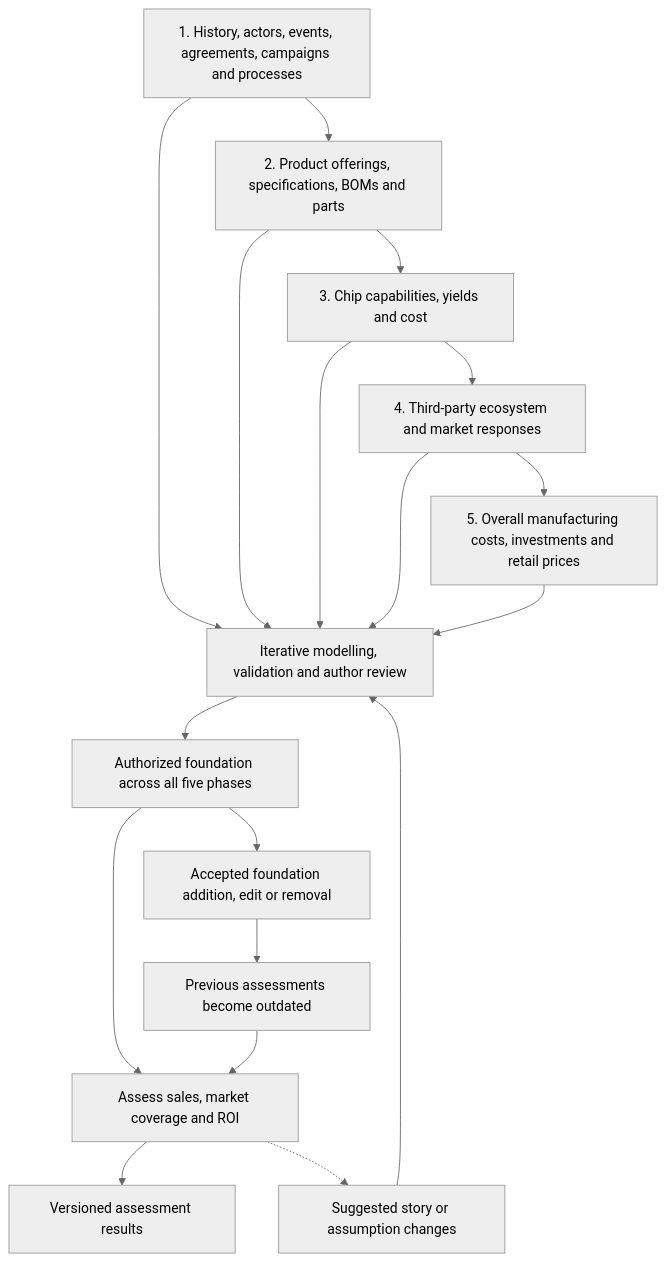
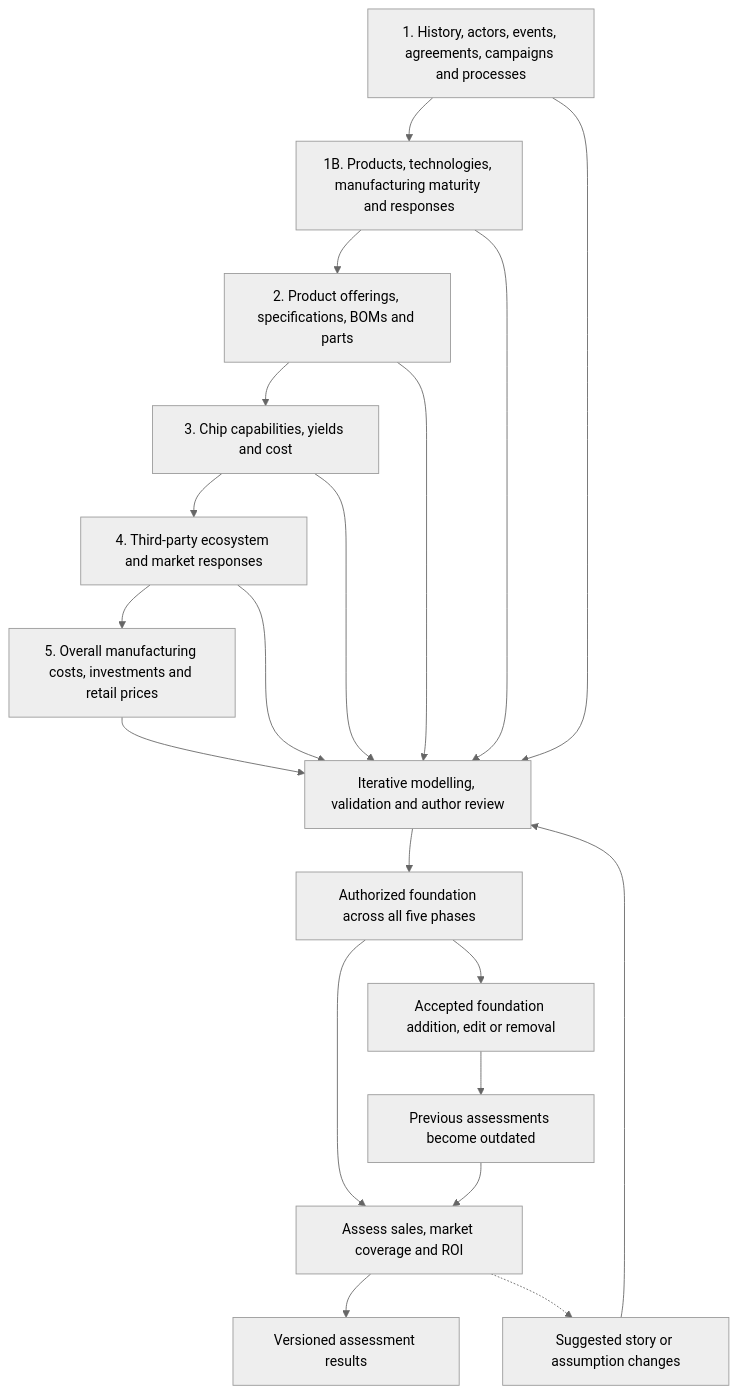
Before and after one commit to venwry/aion_logix: the diagram in docs/MULTI_PHASE_PROCESS.md, drawn with Mermaid (neutral theme). The commit also changed other lines of this file and 3 other files, not shown here.

````diff
--- a/docs/MULTI_PHASE_PROCESS.md
+++ b/docs/MULTI_PHASE_PROCESS.md
@@ -136,22 +147,24 @@
 ```mermaid
 flowchart TD
   P1["1. History, actors, events, agreements, campaigns and processes"]
   P2["2. Product offerings, specifications, BOMs and parts"]
   P3["3. Chip capabilities, yields and cost"]
   P4["4. Third-party ecosystem and market responses"]
   P5["5. Overall manufacturing costs, investments and retail prices"]
-  P1 --> P2 --> P3 --> P4 --> P5
+  P1 --> PB["1B. Products, technologies, manufacturing maturity and responses"]
+  PB --> P2 --> P3 --> P4 --> P5
+  PB --> R
   P1 --> R["Iterative modelling, validation and author review"]
   P2 --> R
   P3 --> R
   P4 --> R
   P5 --> R
   R --> B["Authorized foundation across all five phases"]
   B --> C["Assess sales, market coverage and ROI"]
   C --> O["Versioned assessment results"]
   C -.-> S["Suggested story or assumption changes"]
   S --> R
   B --> U["Accepted foundation addition, edit or removal"]
   U --> V["Previous assessments become outdated"]
   V --> C
 ```
````
